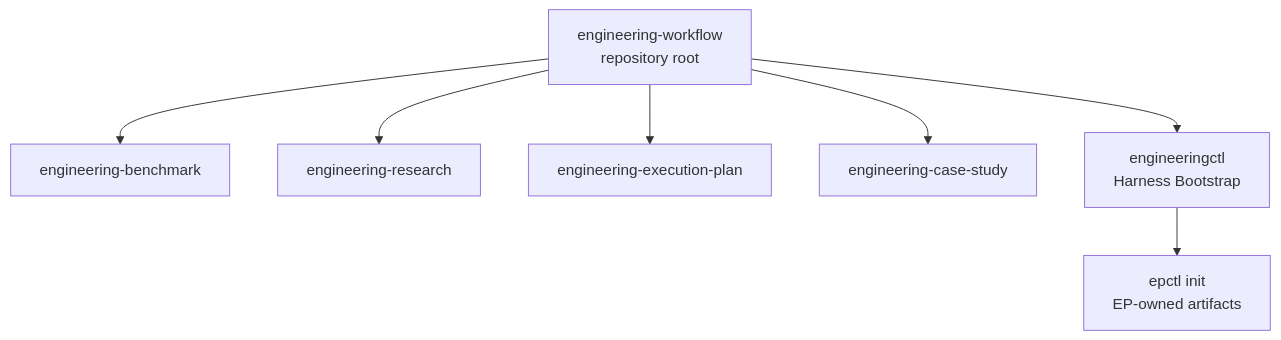
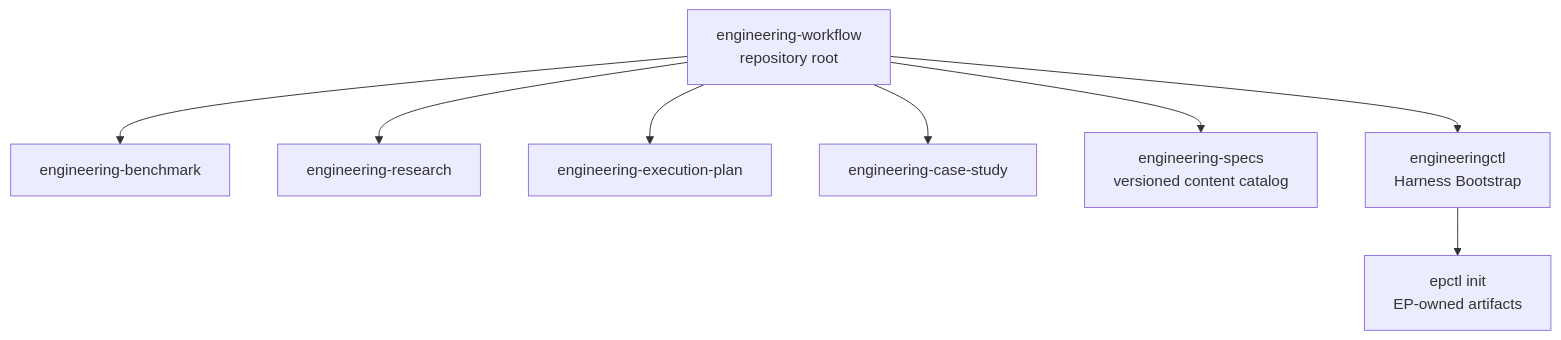
The diagram in docs/design-docs/engineering-workflow-packaging.md (XiaoWeiKIN/RepoFoundryAI), drawn with Mermaid before and after one commit. The commit also changed other lines of this file and 27 other files, not shown here.

Commit message:
feat: add versioned engineering spec management

````diff
--- a/docs/design-docs/engineering-workflow-packaging.md
+++ b/docs/design-docs/engineering-workflow-packaging.md
@@ -21,10 +21,11 @@
 ```mermaid
 flowchart TB
     W["engineering-workflow<br/>repository root"]
     W --> B["engineering-benchmark"]
     W --> R["engineering-research"]
     W --> E["engineering-execution-plan"]
     W --> C["engineering-case-study"]
+    W --> S["engineering-specs<br/>versioned content catalog"]
     W --> H["engineeringctl<br/>Harness Bootstrap"]
     H --> I["epctl init<br/>EP-owned artifacts"]
 ```
````
